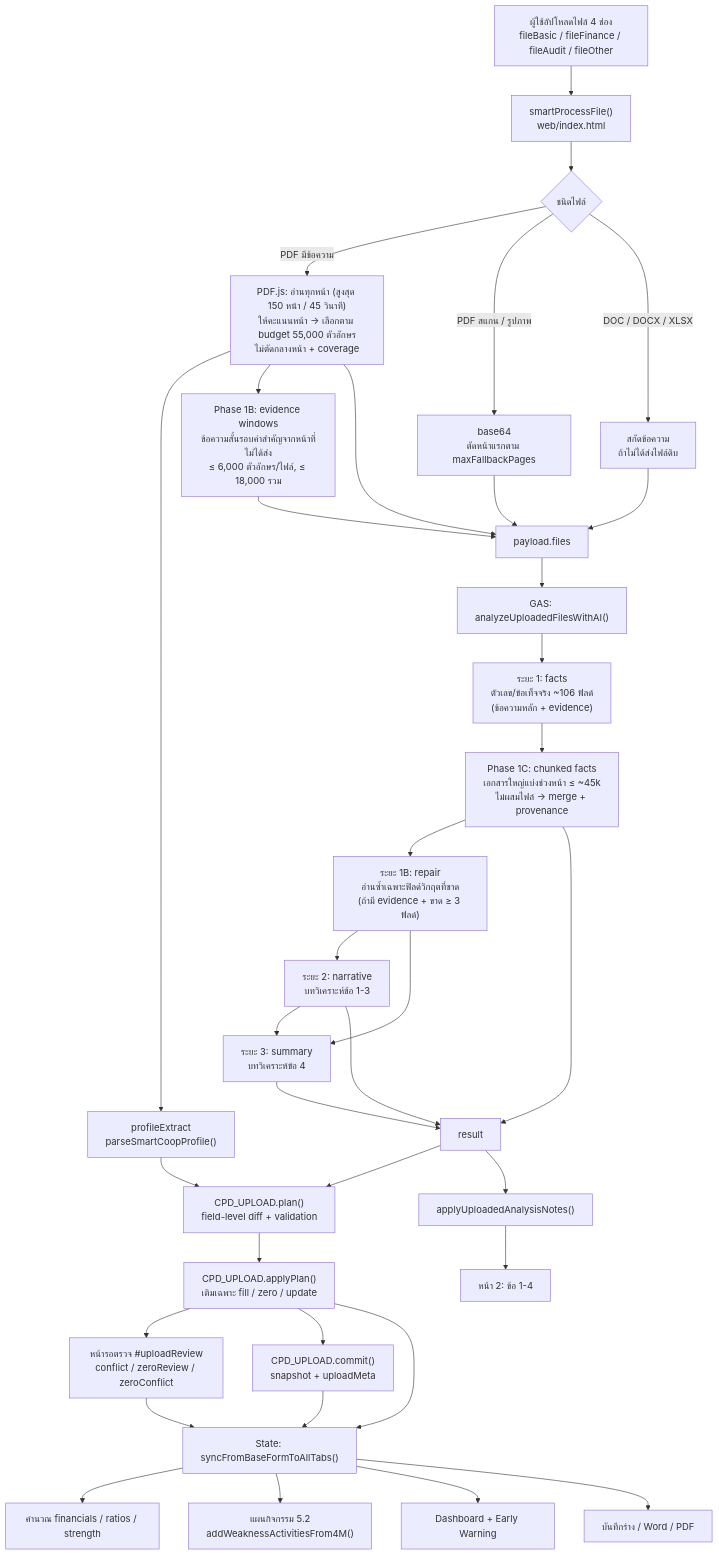
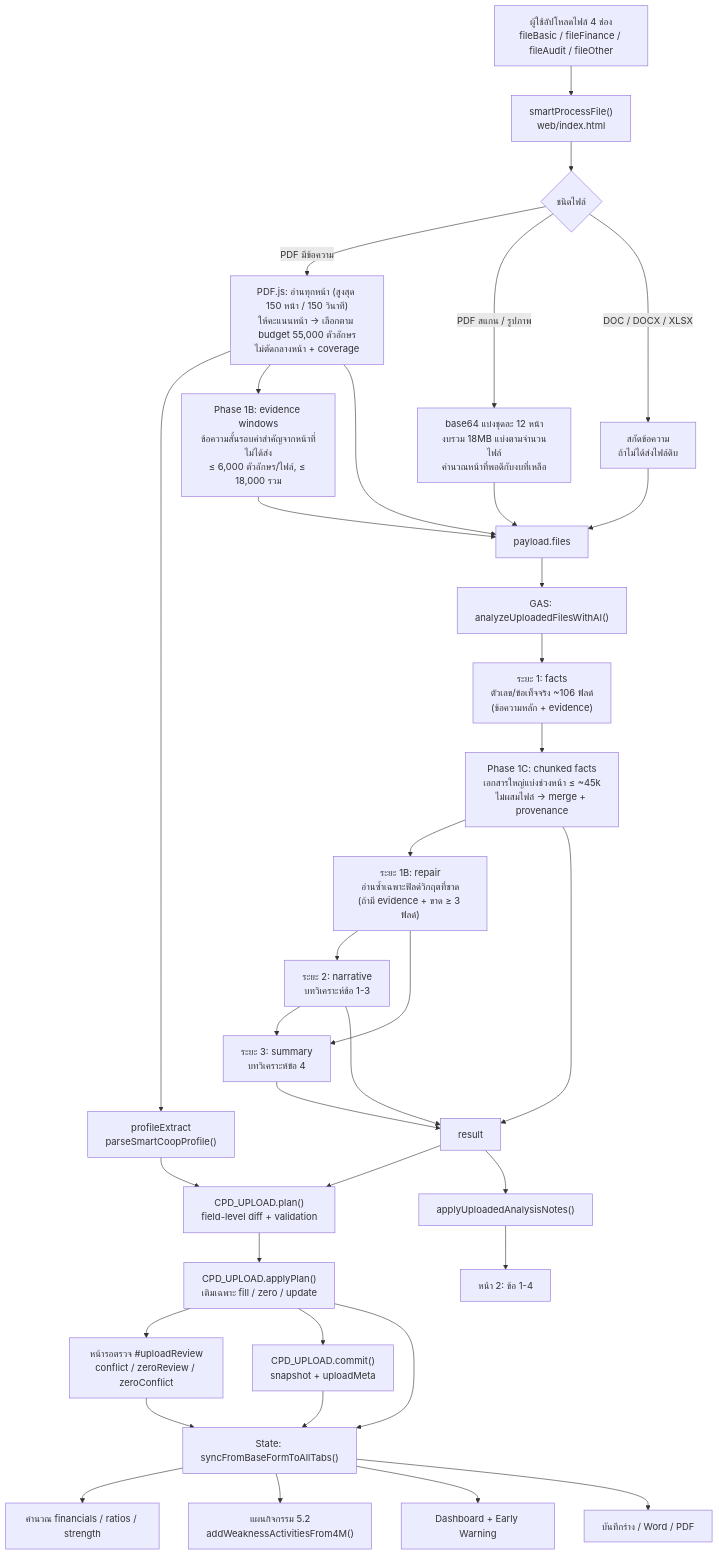
Before and after one commit to supakritkhawthong-lab/cps-promotion-plan-2570: the diagram in docs/upload-data-flow.md, drawn with Mermaid. The commit also changed other lines of this file and 9 other files, not shown here.

````diff
--- a/docs/upload-data-flow.md
+++ b/docs/upload-data-flow.md
@@ -14,38 +14,38 @@
 ```mermaid
 flowchart TD
     A["ผู้ใช้อัปโหลดไฟล์ 4 ช่อง<br/>fileBasic / fileFinance / fileAudit / fileOther"] --> B["smartProcessFile()<br/>web/index.html"]
     B --> C{"ชนิดไฟล์"}
-    C -->|"PDF มีข้อความ"| D["PDF.js: อ่านทุกหน้า (สูงสุด 150 หน้า / 45 วินาที)<br/>ให้คะแนนหน้า → เลือกตาม budget 55,000 ตัวอักษร<br/>ไม่ตัดกลางหน้า + coverage"]
-    C -->|"PDF สแกน / รูปภาพ"| E["base64<br/>ตัดหน้าแรกตาม maxFallbackPages"]
+    C -->|"PDF มีข้อความ"| D["PDF.js: อ่านทุกหน้า (สูงสุด 150 หน้า / 150 วินาที)<br/>ให้คะแนนหน้า → เลือกตาม budget 55,000 ตัวอักษร<br/>ไม่ตัดกลางหน้า + coverage"]
+    C -->|"PDF สแกน / รูปภาพ"| E["base64 แบ่งชุดละ 12 หน้า<br/>งบรวม 18MB แบ่งตามจำนวนไฟล์<br/>คำนวณหน้าที่พอดีกับงบที่เหลือ"]
     C -->|"DOC / DOCX / XLSX"| F["สกัดข้อความ<br/>ถ้าไม่ได้ส่งไฟล์ดิบ"]
     D --> G["profileExtract<br/>parseSmartCoopProfile()"]
     D --> D2["Phase 1B: evidence windows<br/>ข้อความสั้นรอบคำสำคัญจากหน้าที่ไม่ได้ส่ง<br/>≤ 6,000 ตัวอักษร/ไฟล์, ≤ 18,000 รวม"]
     D --> H["payload.files"]
     D2 --> H
     E --> H
     F --> H
     H --> I["GAS: analyzeUploadedFilesWithAI()"]
     I --> J["ระยะ 1: facts<br/>ตัวเลข/ข้อเท็จจริง ~106 ฟิลด์<br/>(ข้อความหลัก + evidence)"]
     J --> J1["Phase 1C: chunked facts<br/>เอกสารใหญ่แบ่งช่วงหน้า ≤ ~45k<br/>ไม่ผสมไฟล์ → merge + provenance"]
     J1 --> J2["ระยะ 1B: repair<br/>อ่านซ้ำเฉพาะฟิลด์วิกฤตที่ขาด<br/>(ถ้ามี evidence + ขาด ≥ 3 ฟิลด์)"]
     J2 --> K["ระยะ 2: narrative<br/>บทวิเคราะห์ข้อ 1-3"]
     J2 --> L["ระยะ 3: summary<br/>บทวิเคราะห์ข้อ 4"]
     K --> L
     J1 --> M["result"]
     K --> M
     L --> M
     M --> N["CPD_UPLOAD.plan()<br/>field-level diff + validation"]
     G --> N
     N --> N2["CPD_UPLOAD.applyPlan()<br/>เติมเฉพาะ fill / zero / update"]
     N2 --> N3["หน้ารอตรวจ #uploadReview<br/>conflict / zeroReview / zeroConflict"]
     N2 --> N4["CPD_UPLOAD.commit()<br/>snapshot + uploadMeta"]
     N2 --> O["State: syncFromBaseFormToAllTabs()"]
     N3 --> O
     N4 --> O
     O --> P["คำนวณ financials / ratios / strength"]
     M --> Q["applyUploadedAnalysisNotes()"]
     Q --> R["หน้า 2: ข้อ 1-4"]
     O --> S["แผนกิจกรรม 5.2<br/>addWeaknessActivitiesFrom4M()"]
     O --> T["Dashboard + Early Warning"]
     O --> U["บันทึกร่าง / Word / PDF"]
 ```
````
